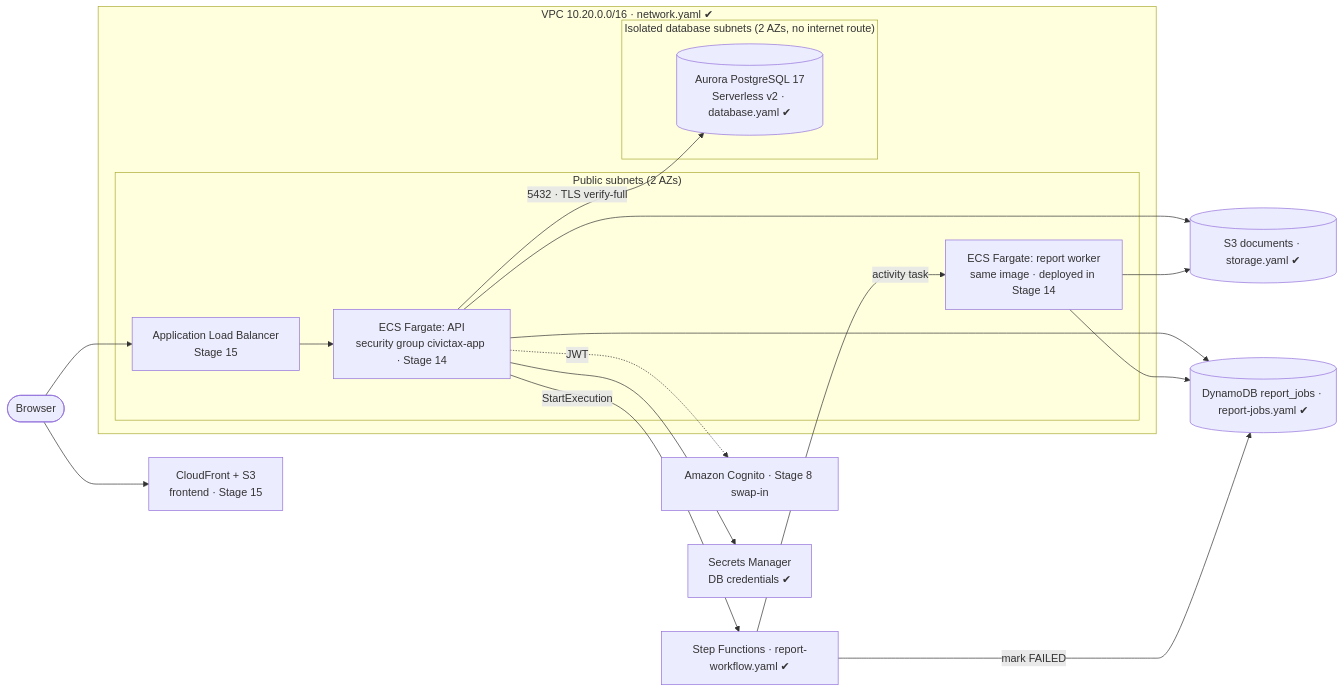
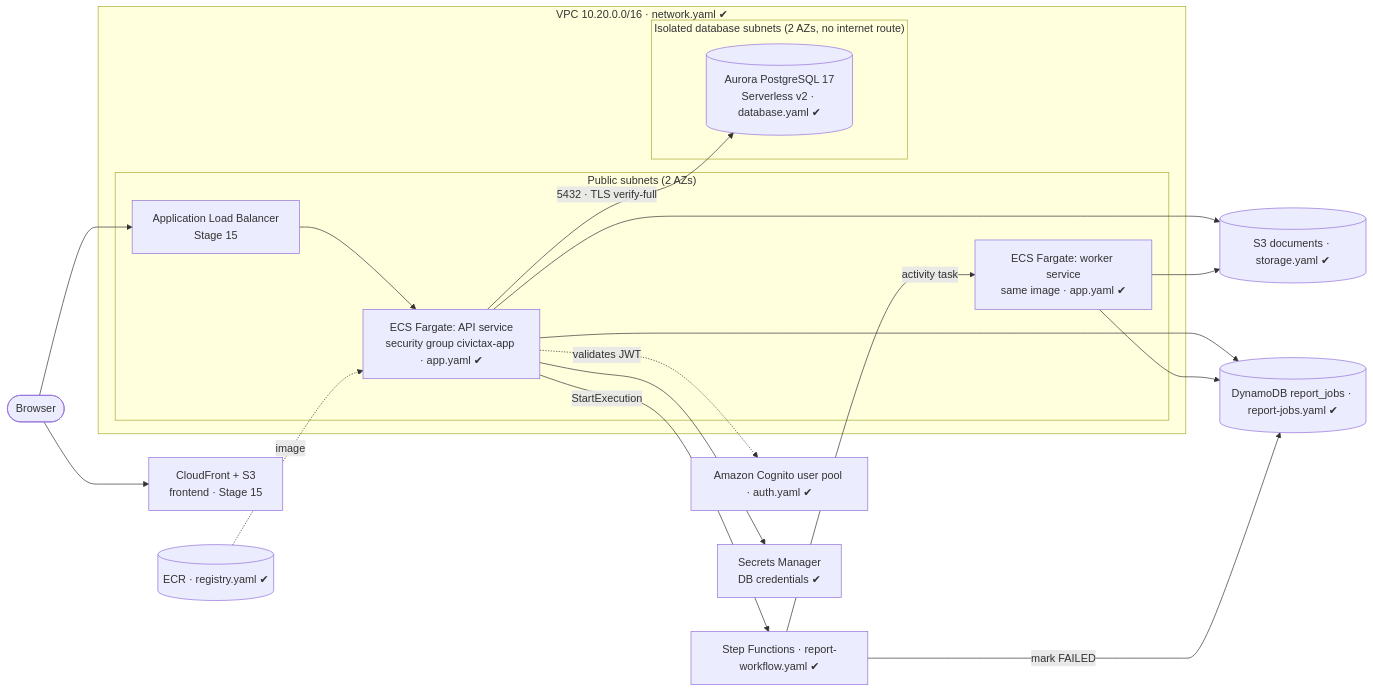
Before and after one commit to BhargavRaseshPatel/Tax-Management-System: the diagram in docs/aws-architecture.md, drawn with Mermaid. The commit also changed other lines of this file and 10 other files, not shown here.

Commit message:
ECR, Cognito, and ECS Fargate templates for API and worker

````diff
--- a/docs/aws-architecture.md
+++ b/docs/aws-architecture.md
@@ -6,24 +6,25 @@
 ```mermaid
 flowchart LR
   user([Browser]) --> cf[CloudFront + S3<br/>frontend · Stage 15]
   user --> alb[Application Load Balancer<br/>Stage 15]
   subgraph VPC["VPC 10.20.0.0/16 · network.yaml ✔"]
     subgraph public["Public subnets (2 AZs)"]
-      alb --> api[ECS Fargate: API<br/>security group civictax-app · Stage 14]
-      worker[ECS Fargate: report worker<br/>same image · deployed in Stage 14]
+      alb --> api[ECS Fargate: API service<br/>security group civictax-app · app.yaml ✔]
+      worker[ECS Fargate: worker service<br/>same image · app.yaml ✔]
     end
     subgraph isolated["Isolated database subnets (2 AZs, no internet route)"]
       aurora[(Aurora PostgreSQL 17<br/>Serverless v2 · database.yaml ✔)]
     end
     api -- "5432 · TLS verify-full" --> aurora
   end
-  api -. JWT .-> cognito[Amazon Cognito · Stage 8 swap-in]
+  api -. validates JWT .-> cognito[Amazon Cognito user pool · auth.yaml ✔]
+  ecr[(ECR · registry.yaml ✔)] -. image .-> api
   api --> sm[Secrets Manager<br/>DB credentials ✔]
   api --> s3[(S3 documents · storage.yaml ✔)]
   worker --> s3
   api --> ddb[(DynamoDB report_jobs · report-jobs.yaml ✔)]
   worker --> ddb
   api -- StartExecution --> sfn[Step Functions · report-workflow.yaml ✔]
   sfn -- activity task --> worker
   sfn -- mark FAILED --> ddb
 ```
````
